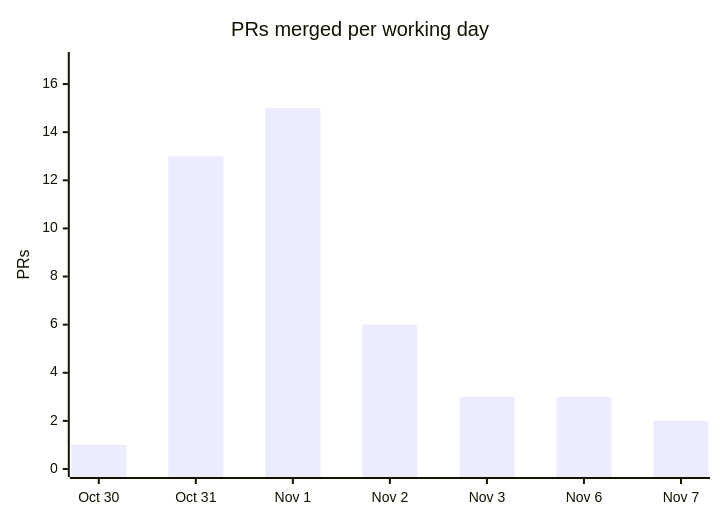
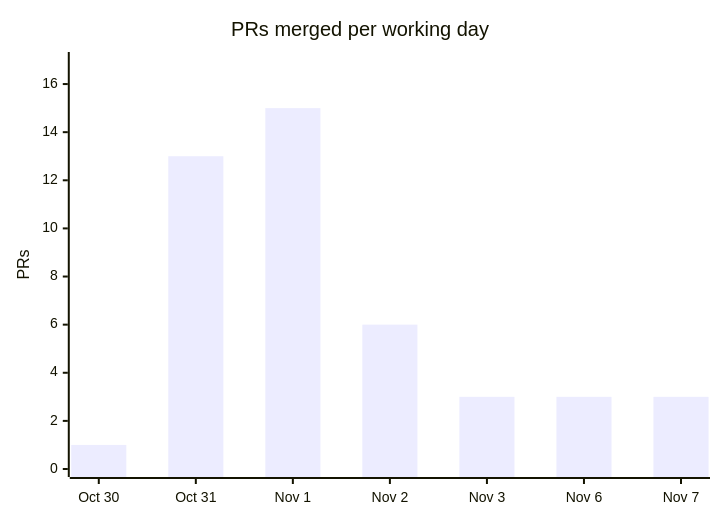
One commit to cmprssd/nfsh changed the fourth of 4 diagrams in docs/OVERVIEW.md. Above: the diagram before and after it, drawn with Mermaid. The commit also changed other lines of this file and 19 other files, not shown here.

````diff
--- a/docs/OVERVIEW.md
+++ b/docs/OVERVIEW.md
@@ -139,7 +139,7 @@
 ```mermaid
 xychart-beta
     title "PRs merged per working day"
     x-axis ["Oct 30", "Oct 31", "Nov 1", "Nov 2", "Nov 3", "Nov 6", "Nov 7"]
     y-axis "PRs" 0 --> 17
-    bar [1, 13, 15, 6, 3, 3, 2]
+    bar [1, 13, 15, 6, 3, 3, 3]
 ```
````
